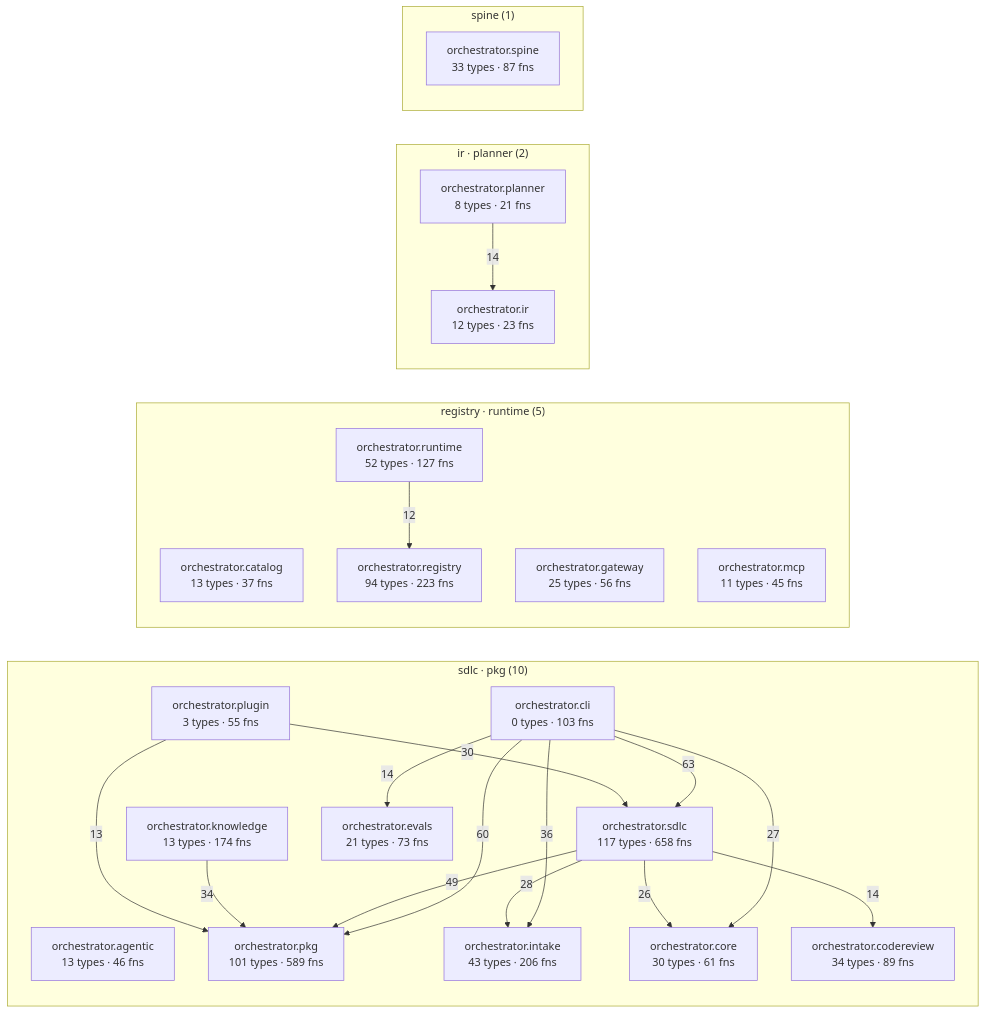
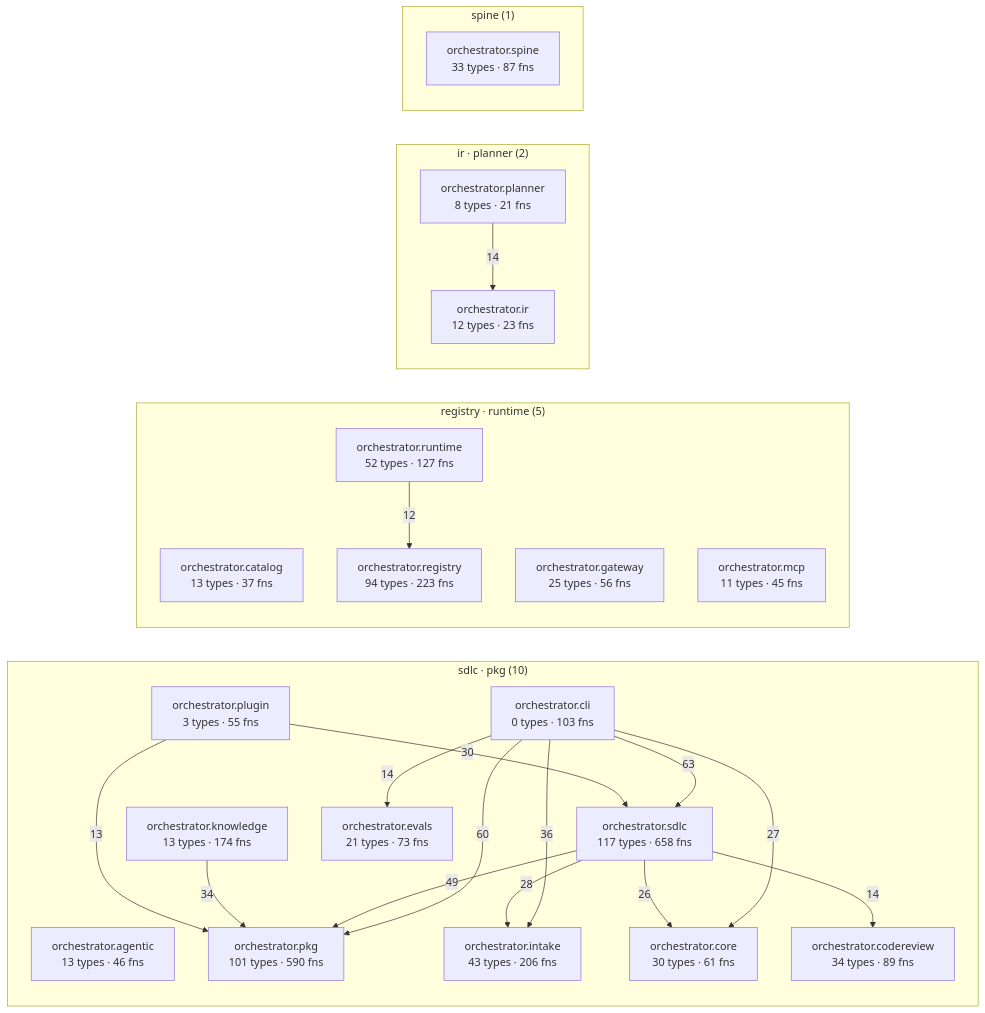
Before and after one commit to synaptixs/spine: the diagram in episteme/architecture.md, drawn with Mermaid. The commit also changed other lines of this file and 43 other files, not shown here.

````diff
--- a/episteme/architecture.md
+++ b/episteme/architecture.md
@@ -54,43 +54,43 @@
 ```mermaid
 flowchart LR
   subgraph c_2["sdlc · pkg (10)"]
     aorchestratoragentic["orchestrator.agentic<br/>13 types · 46 fns"]
     aorchestratorcli["orchestrator.cli<br/>0 types · 103 fns"]
     aorchestratorcodereview["orchestrator.codereview<br/>34 types · 89 fns"]
     aorchestratorcore["orchestrator.core<br/>30 types · 61 fns"]
     aorchestratorevals["orchestrator.evals<br/>21 types · 73 fns"]
     aorchestratorintake["orchestrator.intake<br/>43 types · 206 fns"]
     aorchestratorknowledge["orchestrator.knowledge<br/>13 types · 174 fns"]
-    aorchestratorpkg["orchestrator.pkg<br/>101 types · 589 fns"]
+    aorchestratorpkg["orchestrator.pkg<br/>101 types · 590 fns"]
     aorchestratorplugin["orchestrator.plugin<br/>3 types · 55 fns"]
     aorchestratorsdlc["orchestrator.sdlc<br/>117 types · 658 fns"]
   end
   subgraph c_4["registry · runtime (5)"]
     aorchestratorcatalog["orchestrator.catalog<br/>13 types · 37 fns"]
     aorchestratorgateway["orchestrator.gateway<br/>25 types · 56 fns"]
     aorchestratormcp["orchestrator.mcp<br/>11 types · 45 fns"]
     aorchestratorregistry["orchestrator.registry<br/>94 types · 223 fns"]
     aorchestratorruntime["orchestrator.runtime<br/>52 types · 127 fns"]
   end
   subgraph c_7["ir · planner (2)"]
     aorchestratorir["orchestrator.ir<br/>12 types · 23 fns"]
     aorchestratorplanner["orchestrator.planner<br/>8 types · 21 fns"]
   end
   subgraph c_10["spine (1)"]
     aorchestratorspine["orchestrator.spine<br/>33 types · 87 fns"]
   end
   aorchestratorcli -->|63| aorchestratorsdlc
   aorchestratorcli -->|60| aorchestratorpkg
   aorchestratorsdlc -->|49| aorchestratorpkg
   aorchestratorcli -->|36| aorchestratorintake
   aorchestratorknowledge -->|34| aorchestratorpkg
   aorchestratorplugin -->|30| aorchestratorsdlc
   aorchestratorsdlc -->|28| aorchestratorintake
   aorchestratorcli -->|27| aorchestratorcore
   aorchestratorsdlc -->|26| aorchestratorcore
   aorchestratorcli -->|14| aorchestratorevals
   aorchestratorplanner -->|14| aorchestratorir
   aorchestratorsdlc -->|14| aorchestratorcodereview
   aorchestratorplugin -->|13| aorchestratorpkg
   aorchestratorruntime -->|12| aorchestratorregistry
 ```
````
